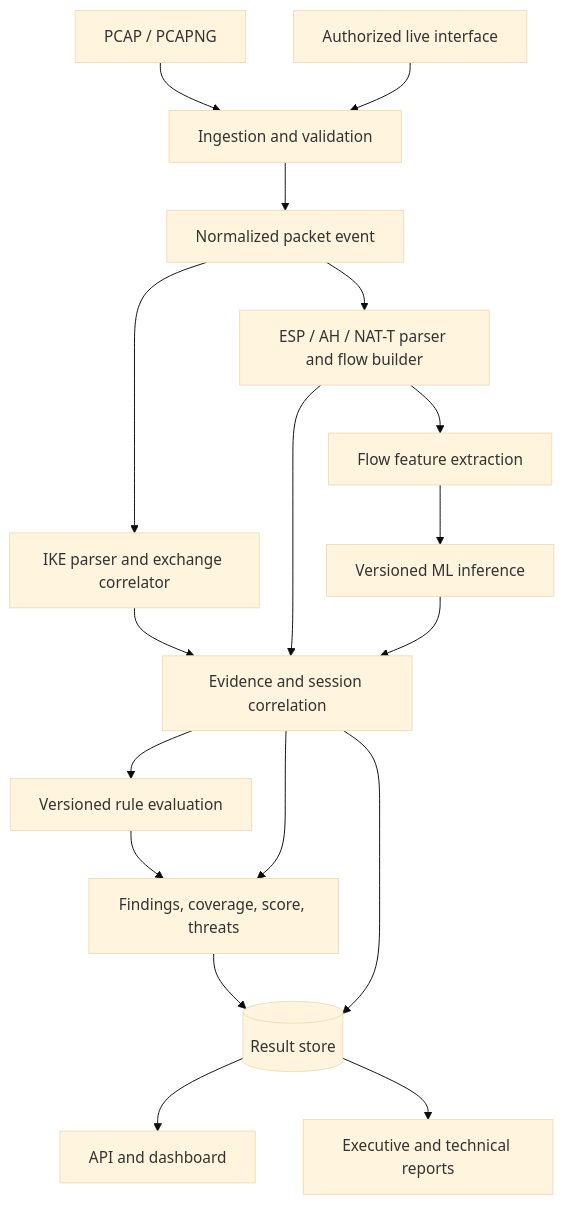
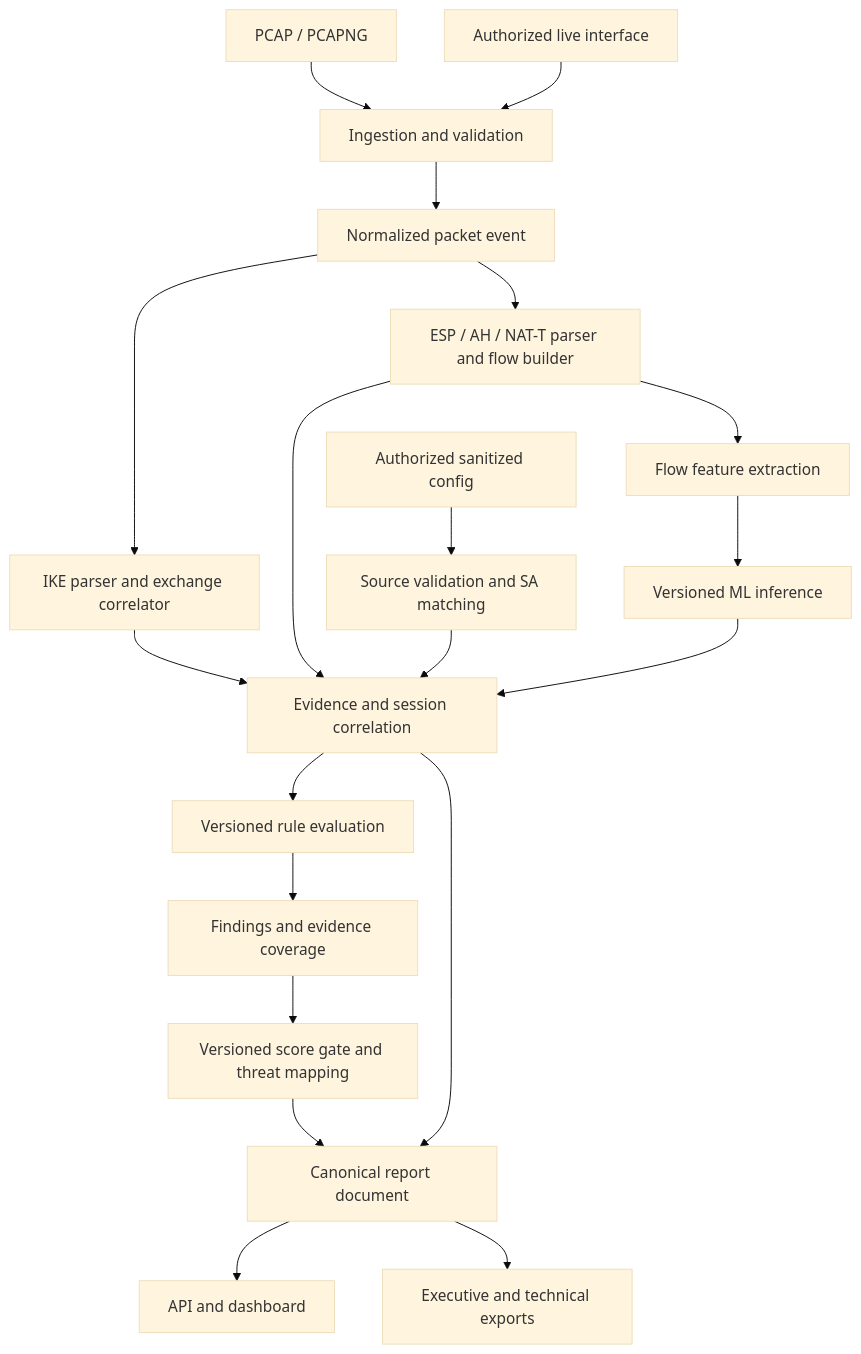
The second of 2 diagrams in ARCHITECTURE.md (tishanbrijesh-rgb/IPsec-Analyzer), drawn with Mermaid (base theme) before and after one commit. The commit also changed other lines of this file and 3 other files, not shown here.

Commit message:
Align SIH implementation plan and architecture

````diff
--- a/ARCHITECTURE.md
+++ b/ARCHITECTURE.md
@@ -58,20 +112,22 @@
 ```mermaid
 flowchart TD
   O[PCAP / PCAPNG] --> I[Ingestion and validation]
   L[Authorized live interface] --> I
   I --> N[Normalized packet event]
   N --> K[IKE parser and exchange correlator]
   N --> E[ESP / AH / NAT-T parser and flow builder]
+  X[Authorized sanitized config] --> B[Source validation and SA matching]
   E --> F[Flow feature extraction]
   F --> M[Versioned ML inference]
   K --> V[Evidence and session correlation]
   E --> V
+  B --> V
   M --> V
   V --> Q[Versioned rule evaluation]
-  Q --> A[Findings, coverage, score, threats]
-  V --> A
-  A --> D[(Result store)]
+  Q --> A[Findings and evidence coverage]
+  A --> S[Versioned score gate and threat mapping]
+  S --> D[Canonical report document]
   V --> D
   D --> P[API and dashboard]
-  D --> R[Executive and technical reports]
+  D --> R[Executive and technical exports]
 ```
````
